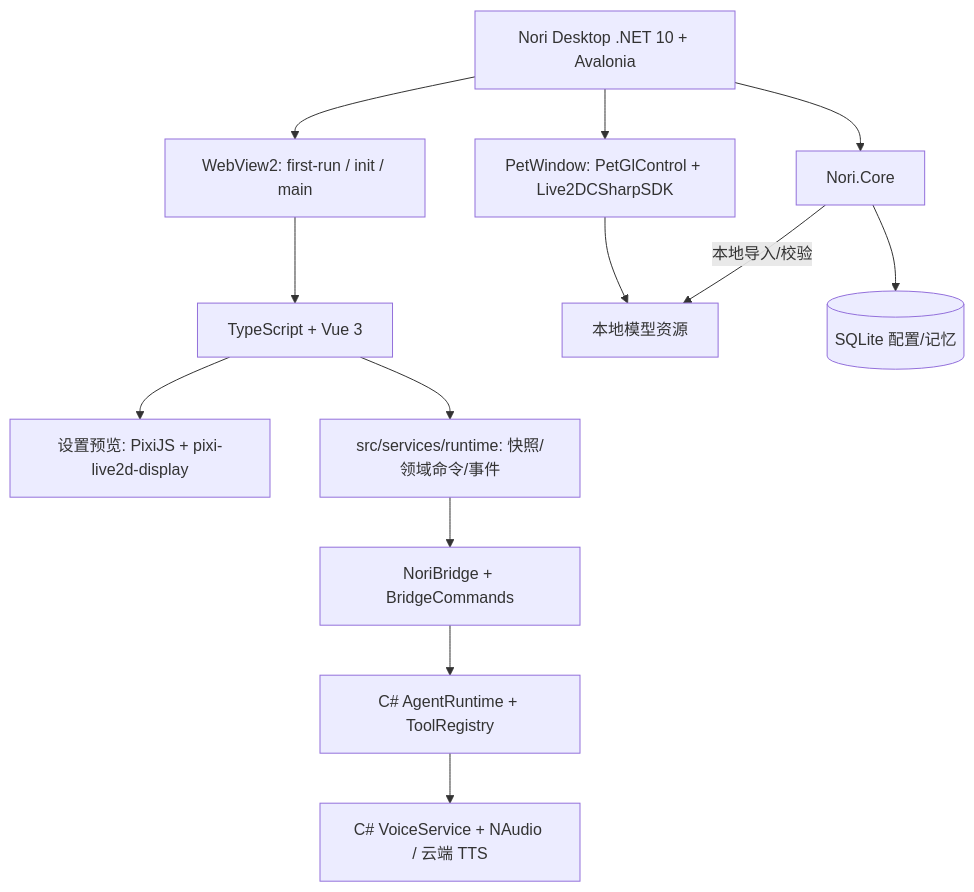
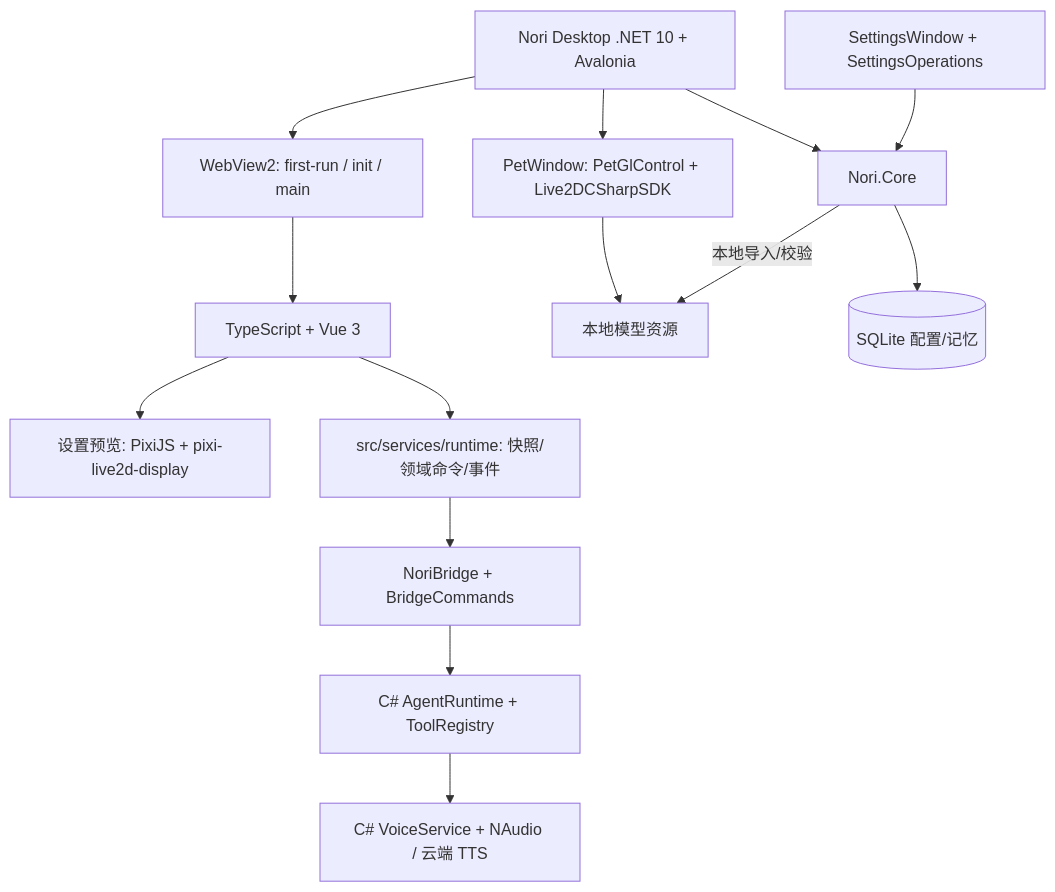
Before and after one commit to MF-Dust/Nori-Desktop-Pet: the diagram in docs/技术.md, drawn with Mermaid. The commit also changed other lines of this file and 1 other file, not shown here.

Commit message:
docs(desktop): document native settings architecture

````diff
--- a/docs/技术.md
+++ b/docs/技术.md
@@ -20,15 +21,16 @@
 ```mermaid
 flowchart TD
     nori[Nori Desktop .NET 10 + Avalonia] --> petWin[PetWindow: PetGlControl + Live2DCSharpSDK]
     nori --> webview[WebView2: first-run / init / main]
     webview --> vue[TypeScript + Vue 3]
     nori --> core[Nori.Core]
     vue --> preview[设置预览: PixiJS + pixi-live2d-display]
     petWin --> models[本地模型资源]
     core --> sqlite[(SQLite 配置/记忆)]
     core -- 本地导入/校验 --> models
     vue --> runtime[src/services/runtime: 快照/领域命令/事件]
     runtime --> bridge[NoriBridge + BridgeCommands]
+    nativeSettings[SettingsWindow + SettingsOperations] --> core
     bridge --> agent[C# AgentRuntime + ToolRegistry]
     agent --> tts[C# VoiceService + NAudio / 云端 TTS]
 ```
````
